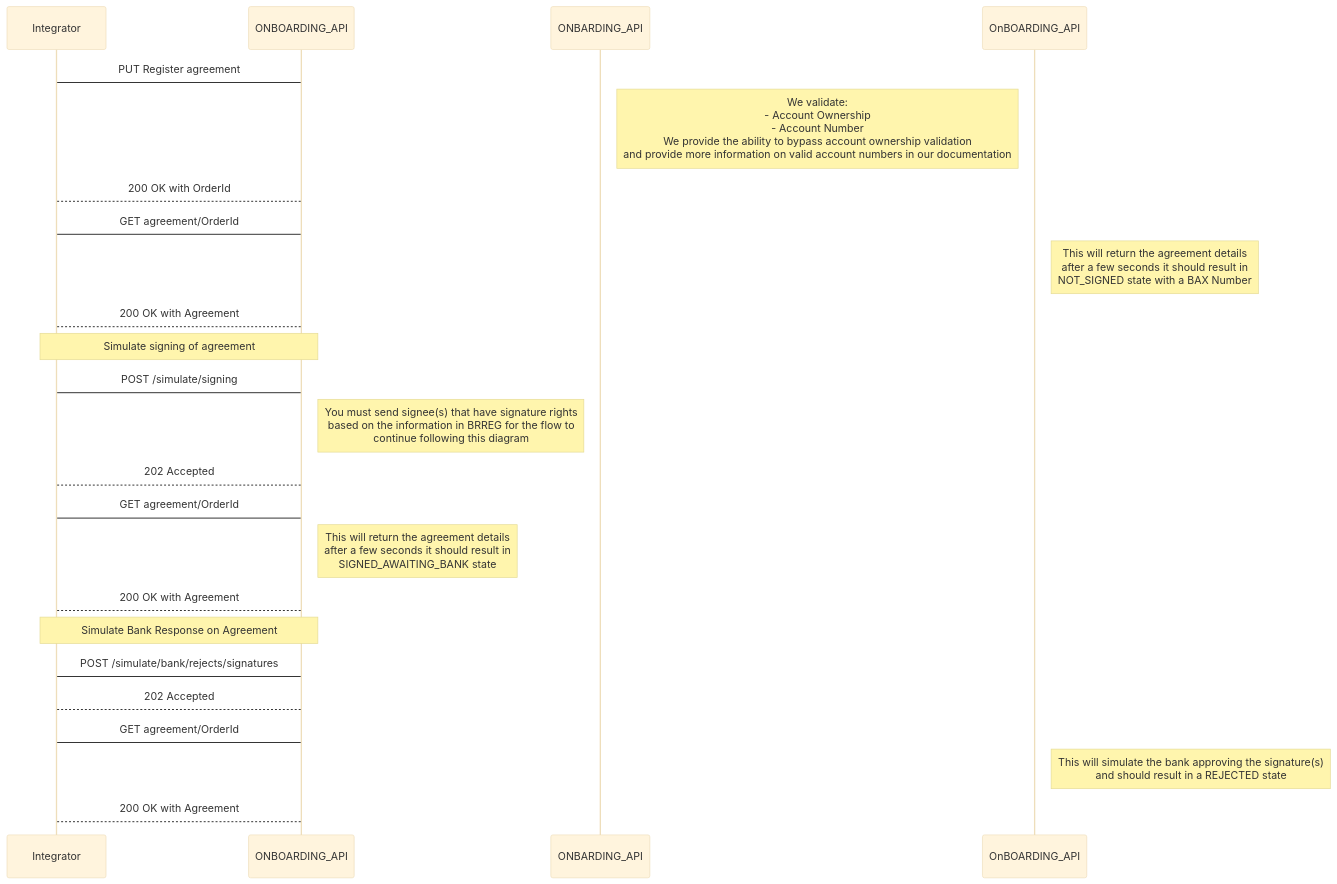
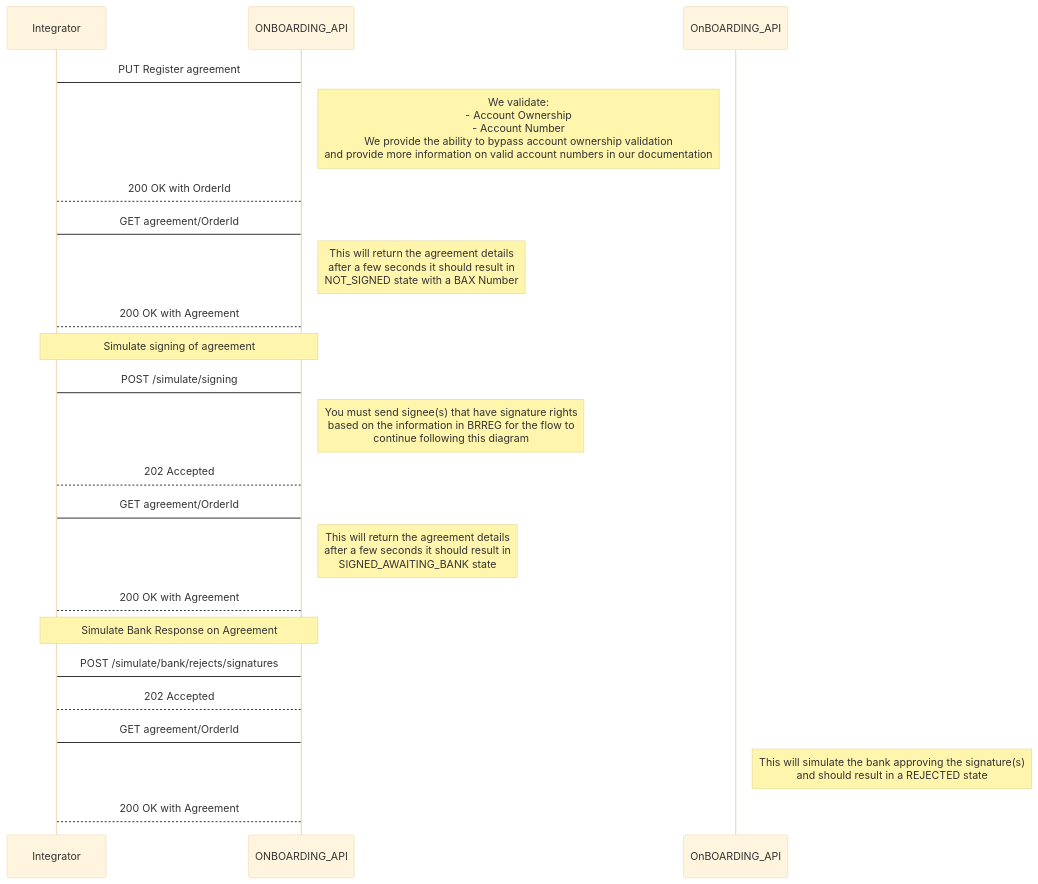
The fifth of 5 diagrams in docs/getting_started.md (BankAxept/bankaxept-onboarding-external-documentation), drawn with Mermaid (base theme) before and after one commit. The commit also changed other lines of this file, not shown here.

````diff
--- a/docs/getting_started.md
+++ b/docs/getting_started.md
@@ -121,29 +121,29 @@
 ```mermaid
 sequenceDiagram
 participant Integrator
 participant ONBOARDING_API
 
 Integrator -> ONBOARDING_API: PUT Register agreement
-note right of ONBARDING_API: We validate: <br/> - Account Ownership <br/> - Account Number <br/> We provide the ability to bypass account ownership validation <br/> and provide more information on valid account numbers in our documentation
+note right of ONBOARDING_API: We validate: <br/> - Account Ownership <br/> - Account Number <br/> We provide the ability to bypass account ownership validation <br/> and provide more information on valid account numbers in our documentation
 ONBOARDING_API --> Integrator: 200 OK with OrderId
 
 Integrator -> ONBOARDING_API : GET agreement/OrderId
-note right of OnBOARDING_API: This will return the agreement details <br/> after a few seconds it should result in <br/> NOT_SIGNED state with a BAX Number
+note right of ONBOARDING_API: This will return the agreement details <br/> after a few seconds it should result in <br/> NOT_SIGNED state with a BAX Number
 ONBOARDING_API --> Integrator: 200 OK with Agreement
 note over Integrator, ONBOARDING_API: Simulate signing of agreement
 Integrator -> ONBOARDING_API: POST /simulate/signing
 note right of ONBOARDING_API: You must send signee(s) that have signature rights <br/> based on the information in BRREG for the flow to <br/> continue following this diagram
 ONBOARDING_API --> Integrator: 202 Accepted
 Integrator -> ONBOARDING_API : GET agreement/OrderId
 note right of ONBOARDING_API: This will return the agreement details <br/> after a few seconds it should result in <br/> SIGNED_AWAITING_BANK state
 ONBOARDING_API --> Integrator: 200 OK with Agreement
 
 note over Integrator, ONBOARDING_API: Simulate Bank Response on Agreement
 
 Integrator -> ONBOARDING_API: POST /simulate/bank/rejects/signatures
 
 ONBOARDING_API --> Integrator: 202 Accepted
 Integrator -> ONBOARDING_API : GET agreement/OrderId
 note right of OnBOARDING_API: This will simulate the bank approving the signature(s) <br/> and should result in a REJECTED state
 ONBOARDING_API --> Integrator: 200 OK with Agreement
 ```
````
